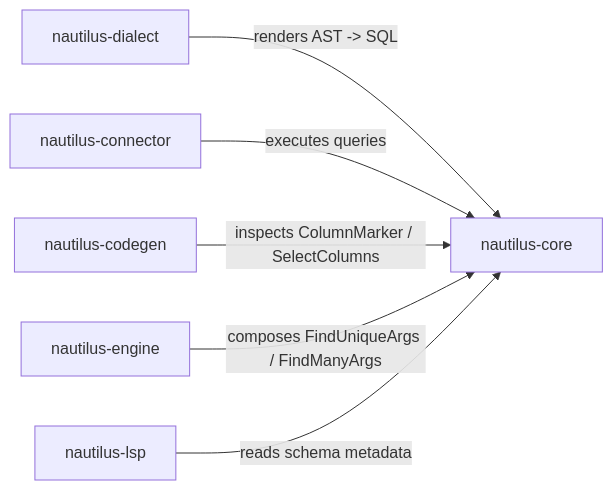
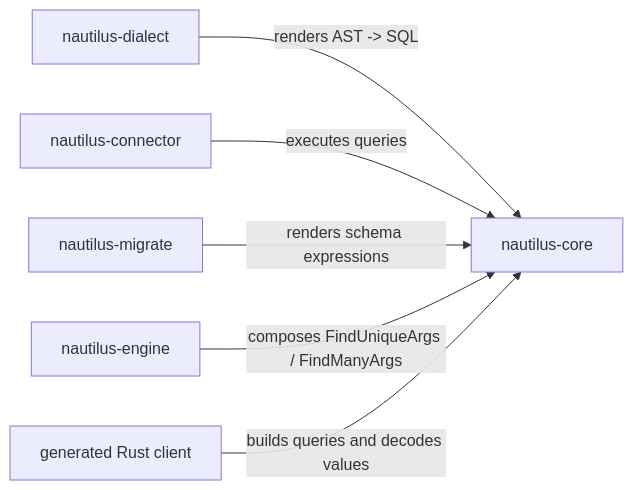
Before and after one commit to nautilus-env/nautilus: the diagram in crates/nautilus-core/README.md, drawn with Mermaid. The commit also changed other lines of this file and 14 other files, not shown here.

````diff
--- a/crates/nautilus-core/README.md
+++ b/crates/nautilus-core/README.md
@@ -45,15 +46,15 @@
 ```mermaid
 graph LR
   core[nautilus-core]
   dialect[nautilus-dialect]
   connector[nautilus-connector]
-  codegen[nautilus-codegen]
+  migrate[nautilus-migrate]
   engine[nautilus-engine]
-  lsp[nautilus-lsp]
+  client[generated Rust client]
 
   dialect -->|renders AST -> SQL| core
   connector -->|executes queries| core
-  codegen -->|inspects ColumnMarker / SelectColumns| core
+  migrate -->|renders schema expressions| core
   engine -->|composes FindUniqueArgs / FindManyArgs| core
-  lsp -->|reads schema metadata| core
+  client -->|builds queries and decodes values| core
 ```
````
